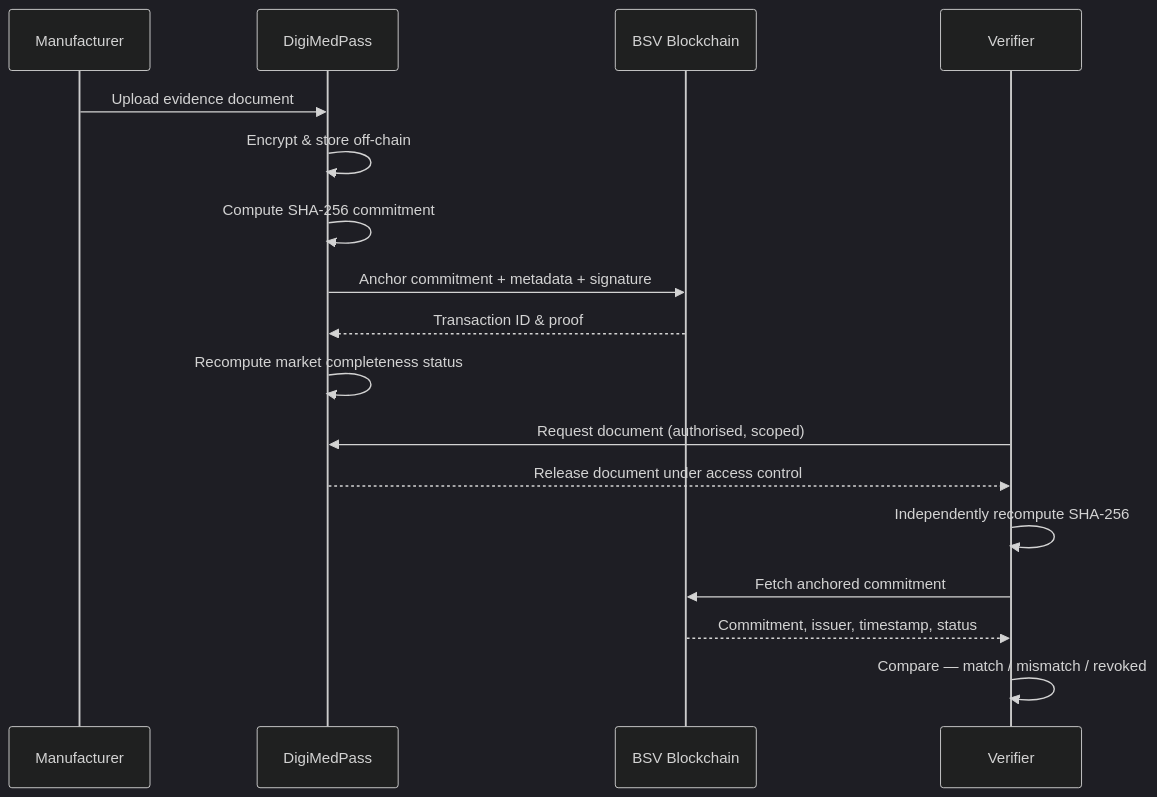
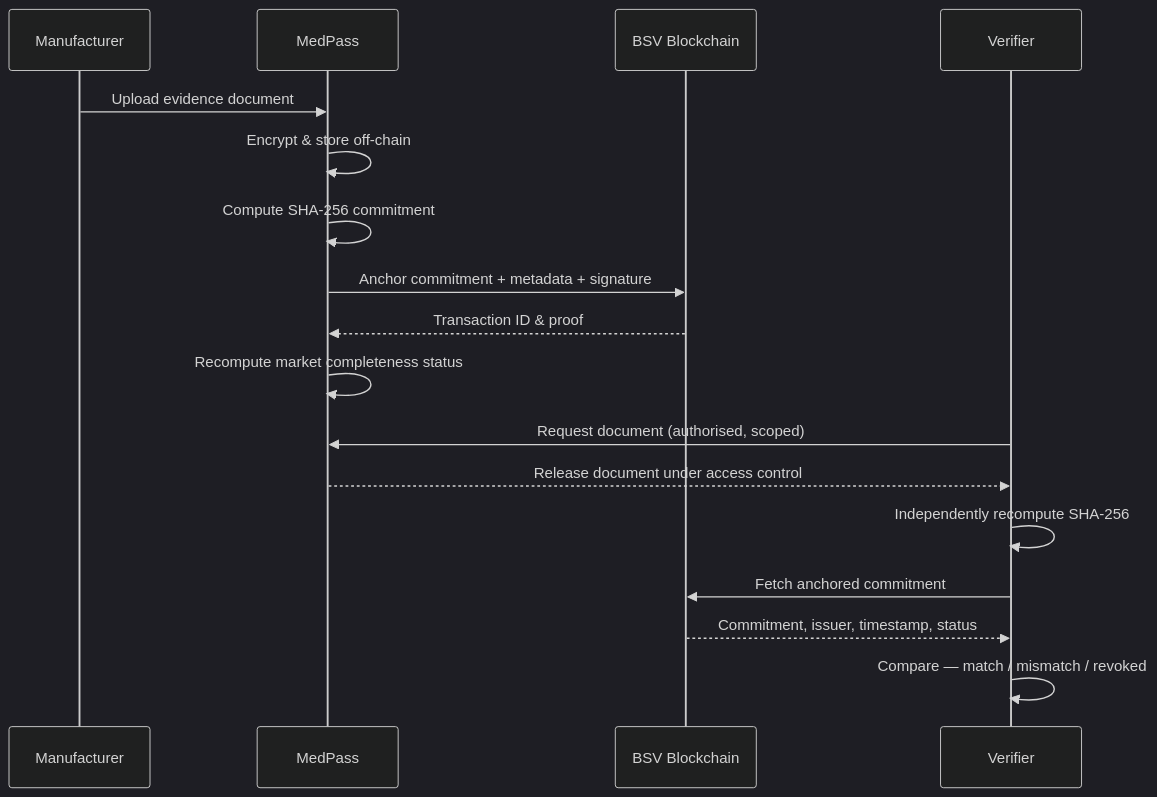
One commit to Bryan-Lota/MediPass changed the second of 2 diagrams in README.md. Above: the diagram before and after it, drawn with Mermaid (dark theme). The commit also changed other lines of this file and 23 other files, not shown here.

First line of the commit message:
Rebrand to MedPass, add EU/FDA tabs, and a real regulator decision pipeline

````diff
--- a/README.md
+++ b/README.md
@@ -131,21 +131,21 @@
 ```mermaid
 sequenceDiagram
     participant M as Manufacturer
-    participant App as DigiMedPass
+    participant App as MedPass
     participant BSV as BSV Blockchain
     participant V as Verifier
 
     M->>App: Upload evidence document
     App->>App: Encrypt & store off-chain
     App->>App: Compute SHA-256 commitment
     App->>BSV: Anchor commitment + metadata + signature
     BSV-->>App: Transaction ID & proof
     App->>App: Recompute market completeness status
 
     V->>App: Request document (authorised, scoped)
     App-->>V: Release document under access control
     V->>V: Independently recompute SHA-256
     V->>BSV: Fetch anchored commitment
     BSV-->>V: Commitment, issuer, timestamp, status
     V->>V: Compare — match / mismatch / revoked
 ```
````
